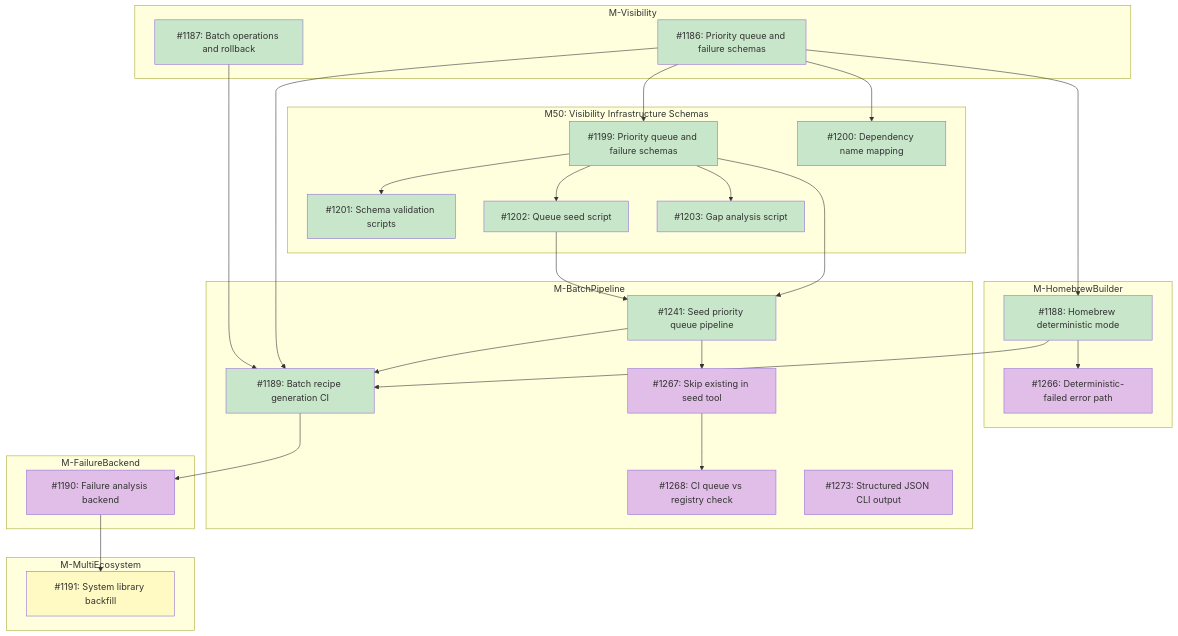
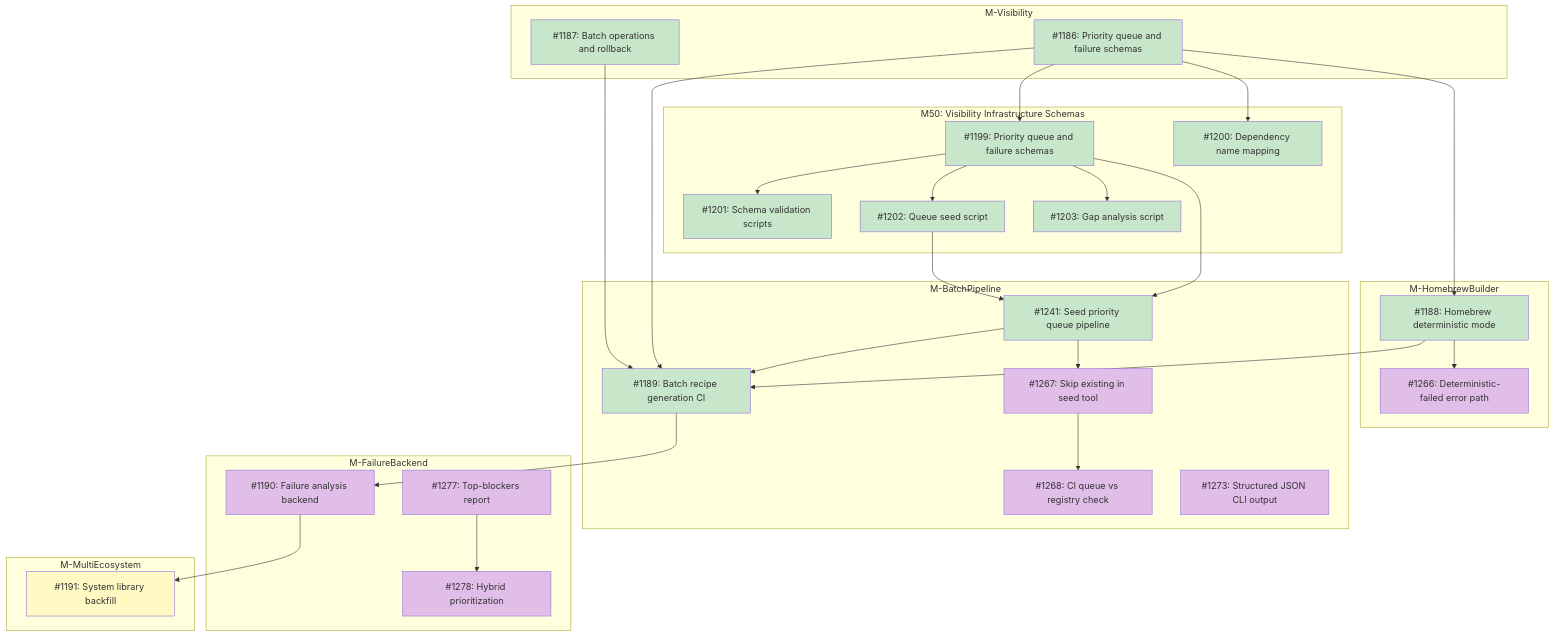
The diagram in docs/designs/DESIGN-registry-scale-strategy.md (tsukumogami/tsuku), drawn with Mermaid before and after one commit. The commit also changed other lines of this file and 7 other files, not shown here.

````diff
--- a/docs/designs/DESIGN-registry-scale-strategy.md
+++ b/docs/designs/DESIGN-registry-scale-strategy.md
@@ -74,75 +76,80 @@
 ```mermaid
 graph TD
     subgraph M_Visibility["M-Visibility"]
         I1186["#1186: Priority queue and failure schemas"]
         I1187["#1187: Batch operations and rollback"]
     end
 
     subgraph M50["M50: Visibility Infrastructure Schemas"]
         I1199["#1199: Priority queue and failure schemas"]
         I1200["#1200: Dependency name mapping"]
         I1201["#1201: Schema validation scripts"]
         I1202["#1202: Queue seed script"]
         I1203["#1203: Gap analysis script"]
     end
 
     subgraph M_HomebrewBuilder["M-HomebrewBuilder"]
         I1188["#1188: Homebrew deterministic mode"]
         I1266["#1266: Deterministic-failed error path"]
     end
 
     subgraph M_BatchPipeline["M-BatchPipeline"]
         I1241["#1241: Seed priority queue pipeline"]
         I1189["#1189: Batch recipe generation CI"]
         I1267["#1267: Skip existing in seed tool"]
         I1268["#1268: CI queue vs registry check"]
         I1273["#1273: Structured JSON CLI output"]
     end
 
     subgraph M_FailureBackend["M-FailureBackend"]
         I1190["#1190: Failure analysis backend"]
+        I1277["#1277: Top-blockers report"]
+        I1278["#1278: Hybrid prioritization"]
     end
 
     subgraph M_MultiEcosystem["M-MultiEcosystem"]
         I1191["#1191: System library backfill"]
     end
 
     I1186 --> I1199
     I1186 --> I1200
     I1199 --> I1201
     I1199 --> I1202
     I1199 --> I1203
     I1199 --> I1241
     I1202 --> I1241
     I1186 --> I1188
     I1241 --> I1189
     I1186 --> I1189
     I1187 --> I1189
     I1188 --> I1189
     I1188 --> I1266
     I1241 --> I1267
     I1267 --> I1268
     I1189 --> I1190
     I1190 --> I1191
+    I1277 --> I1278
 
     classDef done fill:#c8e6c9
     classDef ready fill:#bbdefb
     classDef blocked fill:#fff9c4
     classDef needsDesign fill:#e1bee7
 
     class I1186,I1187 done
     class I1200 done
     class I1199 done
     class I1188 done
     class I1201 done
     class I1202 done
     class I1203 done
     class I1241 done
     class I1189 done
     class I1267 needsDesign
     class I1268 needsDesign
     class I1273 needsDesign
     class I1266 needsDesign
     class I1190 needsDesign
+    class I1277 needsDesign
+    class I1278 needsDesign
     class I1191 blocked
 ```
````
